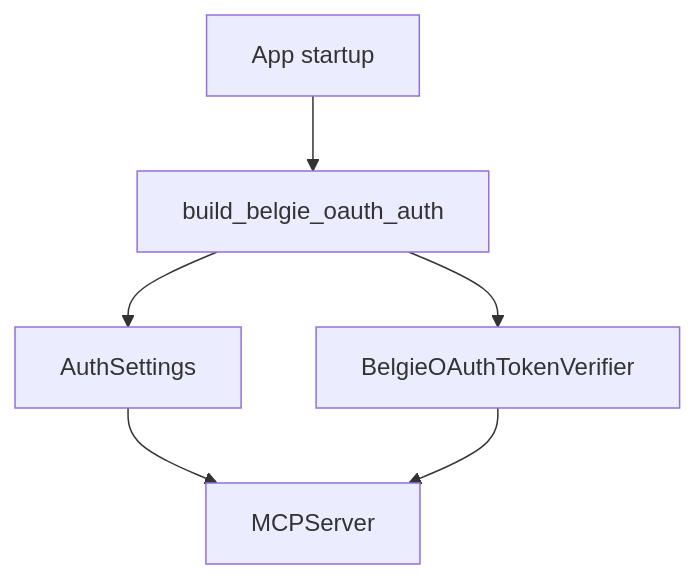
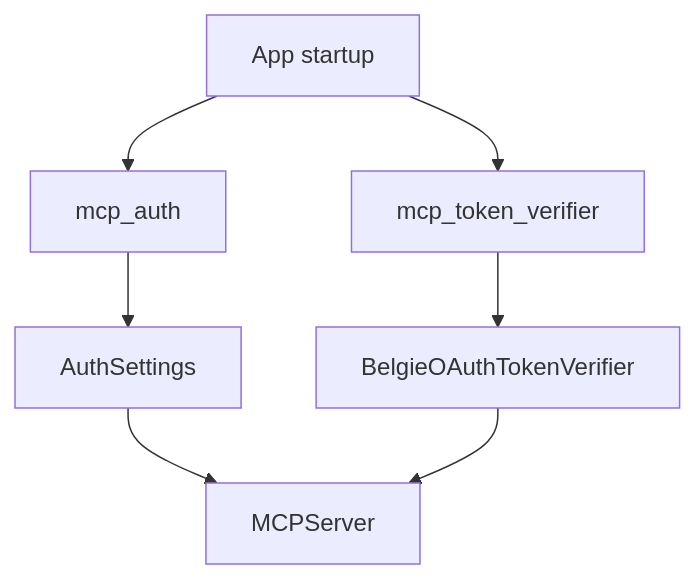
One commit to mplemay/belgie changed the first of 6 diagrams in design/012-belgie-mcp-oauth-support.md. Above: the diagram before and after it, drawn with Mermaid. The commit also changed other lines of this file and 11 other files, not shown here.

Commit message:
feat: add mcp plugin and split auth helpers

````diff
--- a/design/012-belgie-mcp-oauth-support.md
+++ b/design/012-belgie-mcp-oauth-support.md
@@ -63,8 +67,9 @@
 ```mermaid
 graph TD
-    A[App startup] --> B[build_belgie_oauth_auth]
-    B --> C[AuthSettings]
-    B --> D[BelgieOAuthTokenVerifier]
-    C --> E[MCPServer]
-    D --> E
+    A[App startup] --> B[mcp_auth]
+    A --> C[mcp_token_verifier]
+    B --> D[AuthSettings]
+    C --> E[BelgieOAuthTokenVerifier]
+    D --> F[MCPServer]
+    E --> F
 ```
````
